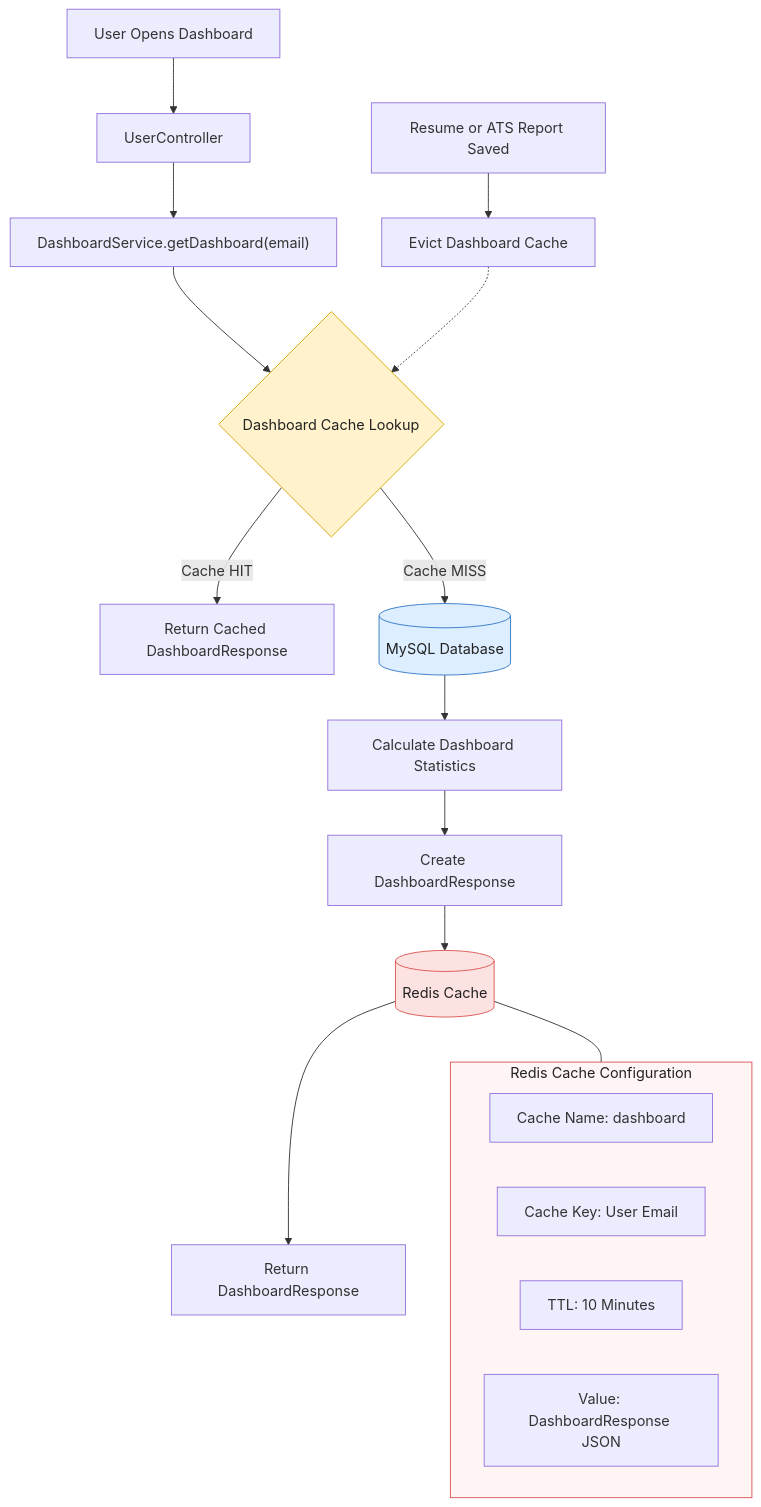
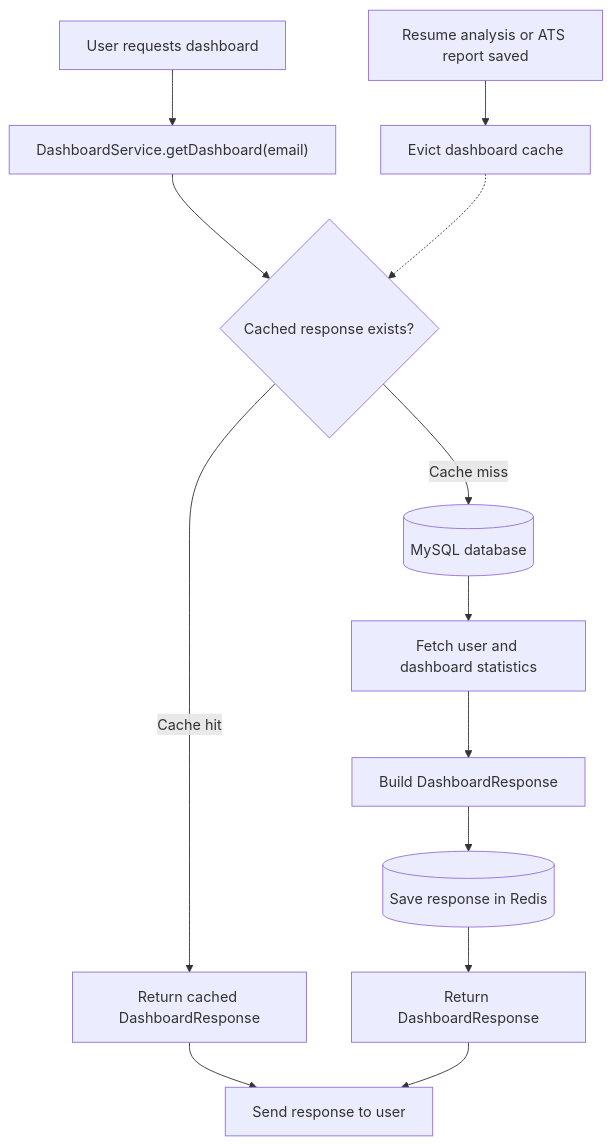
The diagram in README.md (Shevendra77/resume_analyzer), drawn with Mermaid before and after one commit. The commit also changed other lines of this file, not shown here.

````diff
--- a/README.md
+++ b/README.md
@@ -93,31 +95,19 @@
 ```mermaid
 flowchart TD
-    A["User Opens Dashboard"] --> B["UserController"]
-    B --> C["DashboardService.getDashboard(email)"]
-    C --> D{"Dashboard Cache Lookup"}
+    A["User requests dashboard"] --> B["DashboardService.getDashboard(email)"]
+    B --> C{"Cached response exists?"}
 
-    D -->|Cache HIT| E["Return Cached DashboardResponse"]
-    D -->|Cache MISS| F[("MySQL Database")]
+    C -->|Cache hit| D["Return cached DashboardResponse"]
+    C -->|Cache miss| E[("MySQL database")]
 
-    F --> G["Calculate Dashboard Statistics"]
-    G --> H["Create DashboardResponse"]
-    H --> I[("Redis Cache")]
-    I --> J["Return DashboardResponse"]
+    E --> F["Fetch user and dashboard statistics"]
+    F --> G["Build DashboardResponse"]
+    G --> H[("Save response in Redis")]
+    H --> I["Return DashboardResponse"]
 
-    subgraph REDIS["Redis Cache Configuration"]
-        K["Cache Name: dashboard"]
-        L["Cache Key: User Email"]
-        M["TTL: 10 Minutes"]
-        N["Value: DashboardResponse JSON"]
-    end
+    D --> J["Send response to user"]
+    I --> J
 
-    I --- REDIS
-
-    O["Resume or ATS Report Saved"] --> P["Evict Dashboard Cache"]
-    P -.-> D
-
-    style D fill:#fff2cc,stroke:#d6a400,color:#222
-    style F fill:#dceeff,stroke:#3178c6,color:#222
-    style I fill:#fde2e2,stroke:#d9534f,color:#222
-    style REDIS fill:#fff5f5,stroke:#d9534f,color:#222
+    K["Resume analysis or ATS report saved"] --> L["Evict dashboard cache"]
+    L -.-> C
 ```
````
